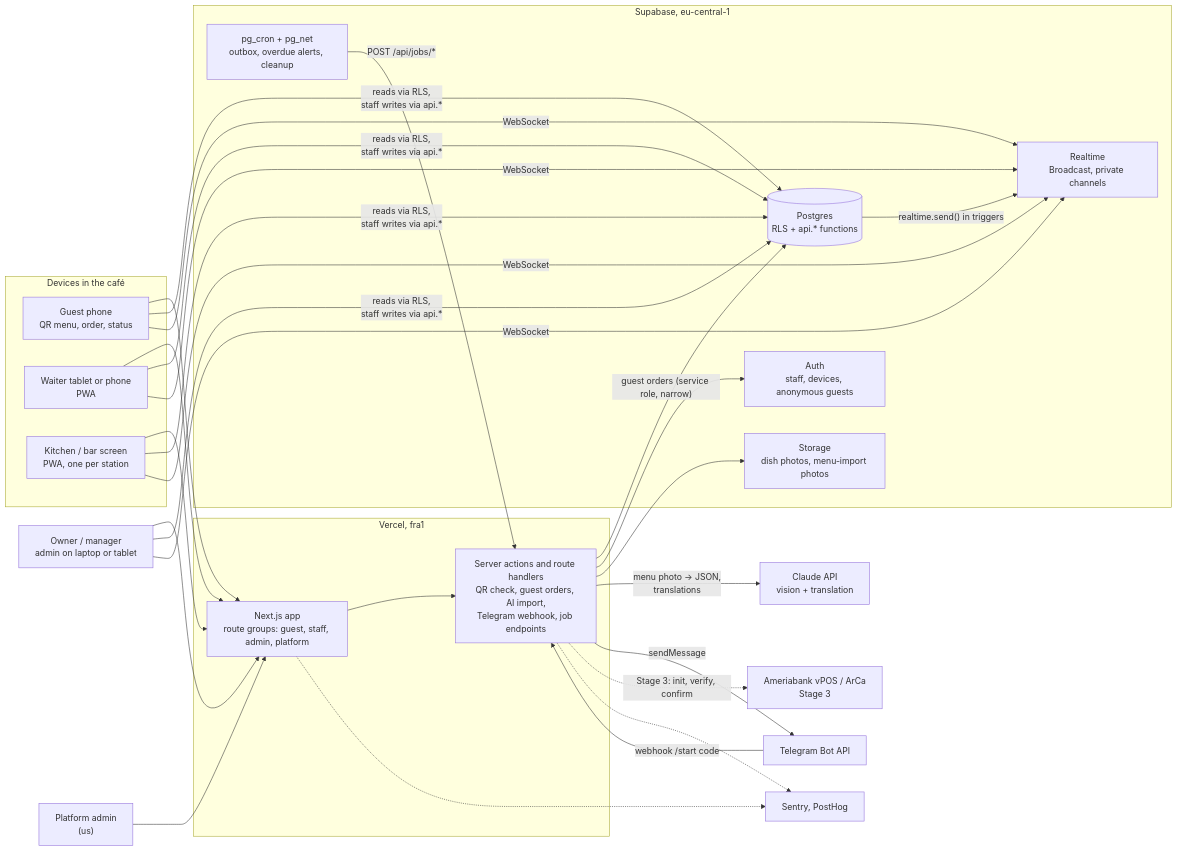
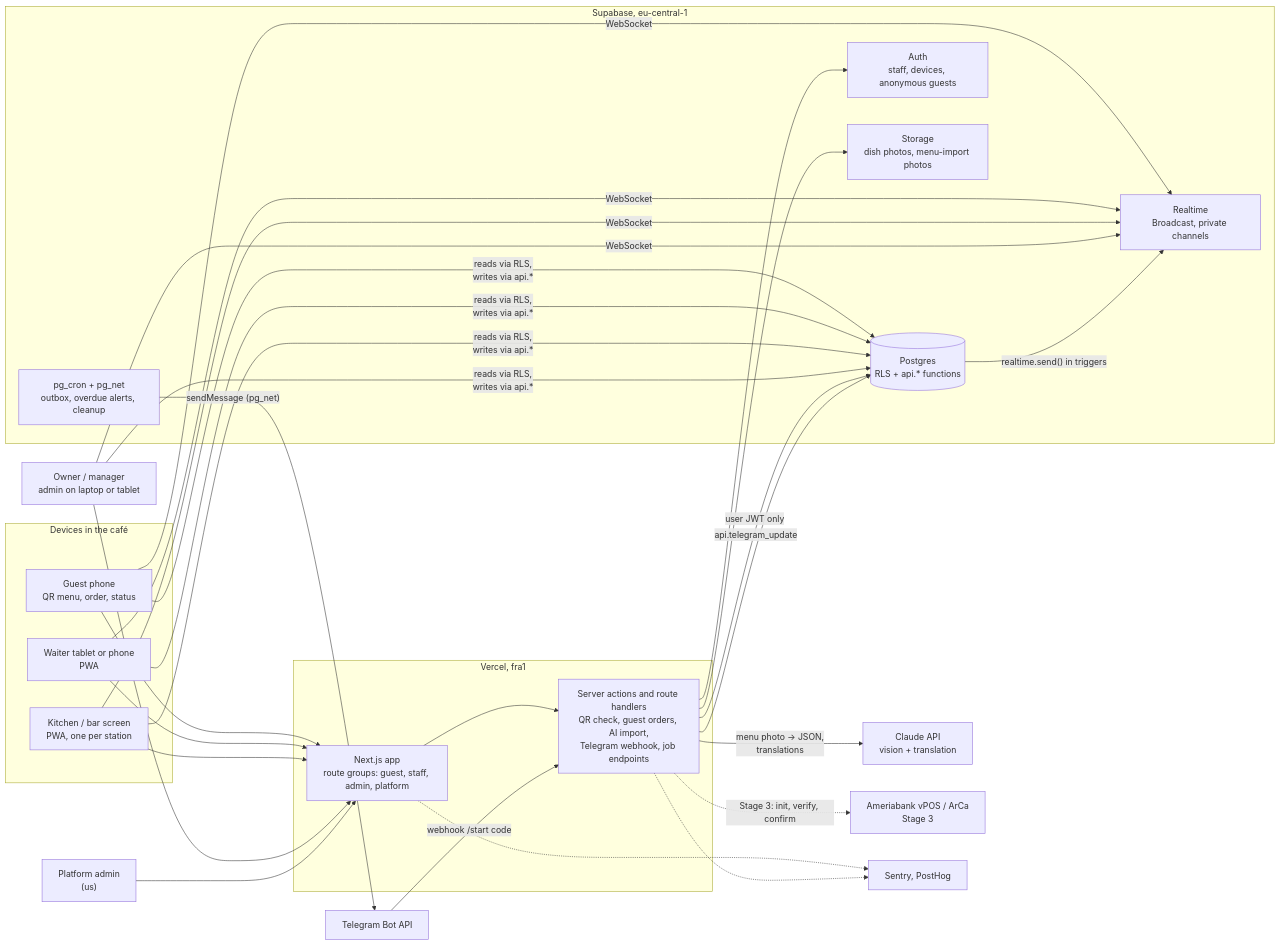
The diagram in docs/01-architecture/overview.md (Exishe/Product), drawn with Mermaid before and after one commit. The commit also changed other lines of this file and 12 other files, not shown here.

````diff
--- a/docs/01-architecture/overview.md
+++ b/docs/01-architecture/overview.md
@@ -7,43 +7,43 @@
 ```mermaid
 flowchart LR
   subgraph devices["Devices in the café"]
     G["Guest phone<br/>QR menu, order, status"]
     W["Waiter tablet or phone<br/>PWA"]
     K["Kitchen / bar screen<br/>PWA, one per station"]
   end
   O["Owner / manager<br/>admin on laptop or tablet"]
   PA["Platform admin<br/>(us)"]
 
   subgraph vercel["Vercel, fra1"]
     APP["Next.js app<br/>route groups: guest, staff, admin, platform"]
     SRV["Server actions and route handlers<br/>QR check, guest orders, AI import,<br/>Telegram webhook, job endpoints"]
   end
 
   subgraph supa["Supabase, eu-central-1"]
     DB[("Postgres<br/>RLS + api.* functions")]
     AUTH["Auth<br/>staff, devices, anonymous guests"]
     RT["Realtime<br/>Broadcast, private channels"]
     ST["Storage<br/>dish photos, menu-import photos"]
     CRON["pg_cron + pg_net<br/>outbox, overdue alerts, cleanup"]
   end
 
   CL["Claude API<br/>vision + translation"]
   TG["Telegram Bot API"]
   PAY["Ameriabank vPOS / ArCa<br/>Stage 3"]
   OBS["Sentry, PostHog"]
 
   G & W & K & O & PA --> APP
   APP --> SRV
-  G & W & K & O -- "reads via RLS,<br/>staff writes via api.*" --> DB
+  G & W & K & O -- "reads via RLS,<br/>writes via api.*" --> DB
   G & W & K & O -- "WebSocket" --> RT
-  SRV -- "guest orders (service role, narrow)" --> DB
+  SRV -- "user JWT only" --> DB
   SRV --> AUTH
   SRV --> ST
   SRV -- "menu photo → JSON,<br/>translations" --> CL
   DB -- "realtime.send() in triggers" --> RT
-  CRON -- "POST /api/jobs/*" --> SRV
-  SRV -- "sendMessage" --> TG
+  CRON -- "sendMessage (pg_net)" --> TG
   TG -- "webhook /start code" --> SRV
+  SRV -- "api.telegram_update" --> DB
   SRV -. "Stage 3: init, verify, confirm" .-> PAY
   APP & SRV -.-> OBS
 ```
````
